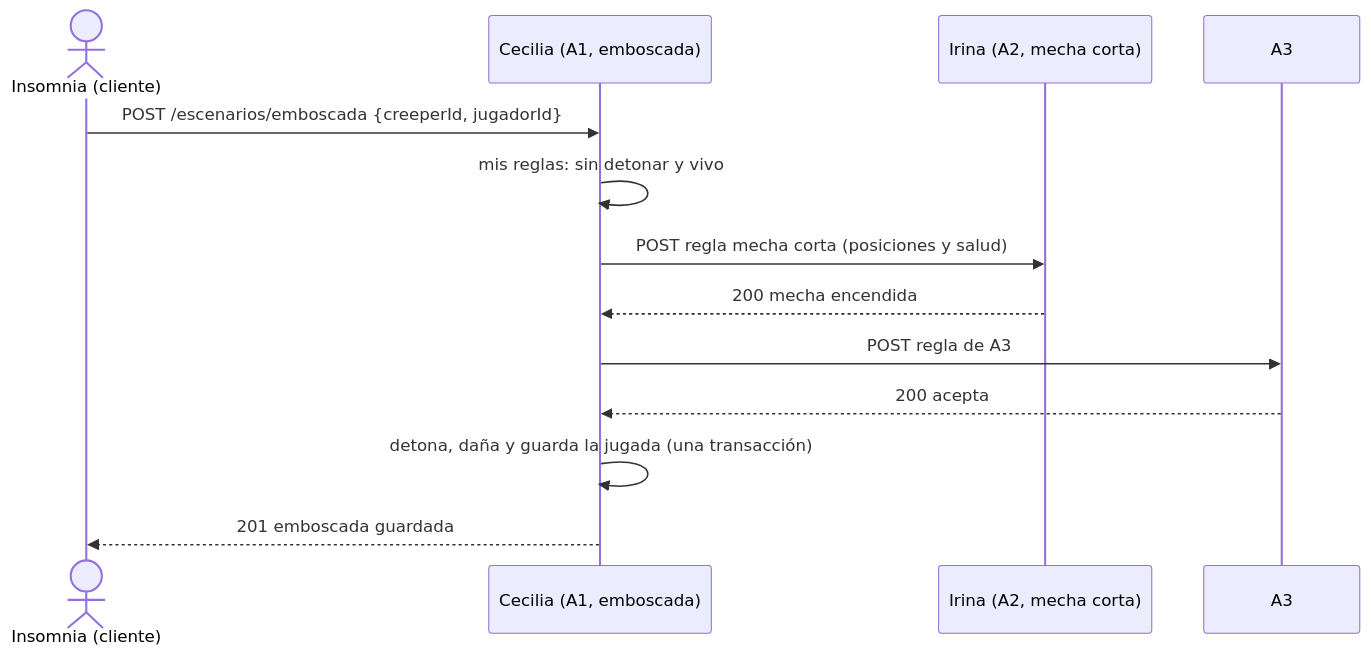
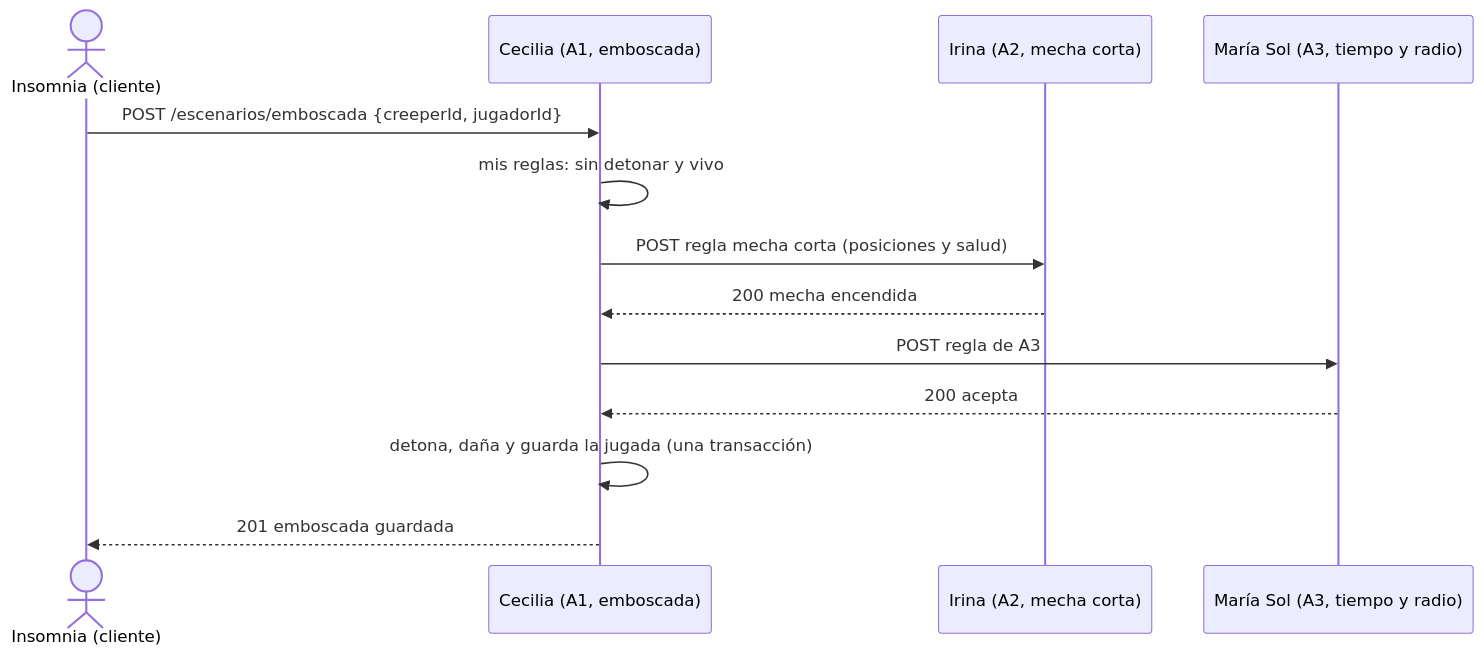
One commit to CeciBasu/clbasualdo-taller-git-2026 changed the first of 4 diagrams in README.md. Above: the diagram before and after it, drawn with Mermaid. The commit also changed other lines of this file, not shown here.

Commit message:
Cambios realizados en el readme, faltaba agregar A3 (Maria Sol)

````diff
--- a/README.md
+++ b/README.md
@@ -96,16 +98,16 @@
 ```mermaid
 sequenceDiagram
     actor Cliente as Insomnia (cliente)
     participant A1 as Cecilia (A1, emboscada)
     participant A2 as Irina (A2, mecha corta)
-    participant A3 as A3
+    participant A3 as María Sol (A3, tiempo y radio)
 
     Cliente->>A1: POST /escenarios/emboscada {creeperId, jugadorId}
     A1->>A1: mis reglas: sin detonar y vivo
     A1->>A2: POST regla mecha corta (posiciones y salud)
     A2-->>A1: 200 mecha encendida
     A1->>A3: POST regla de A3
     A3-->>A1: 200 acepta
     A1->>A1: detona, daña y guarda la jugada (una transacción)
     A1-->>Cliente: 201 emboscada guardada
 ```
````
